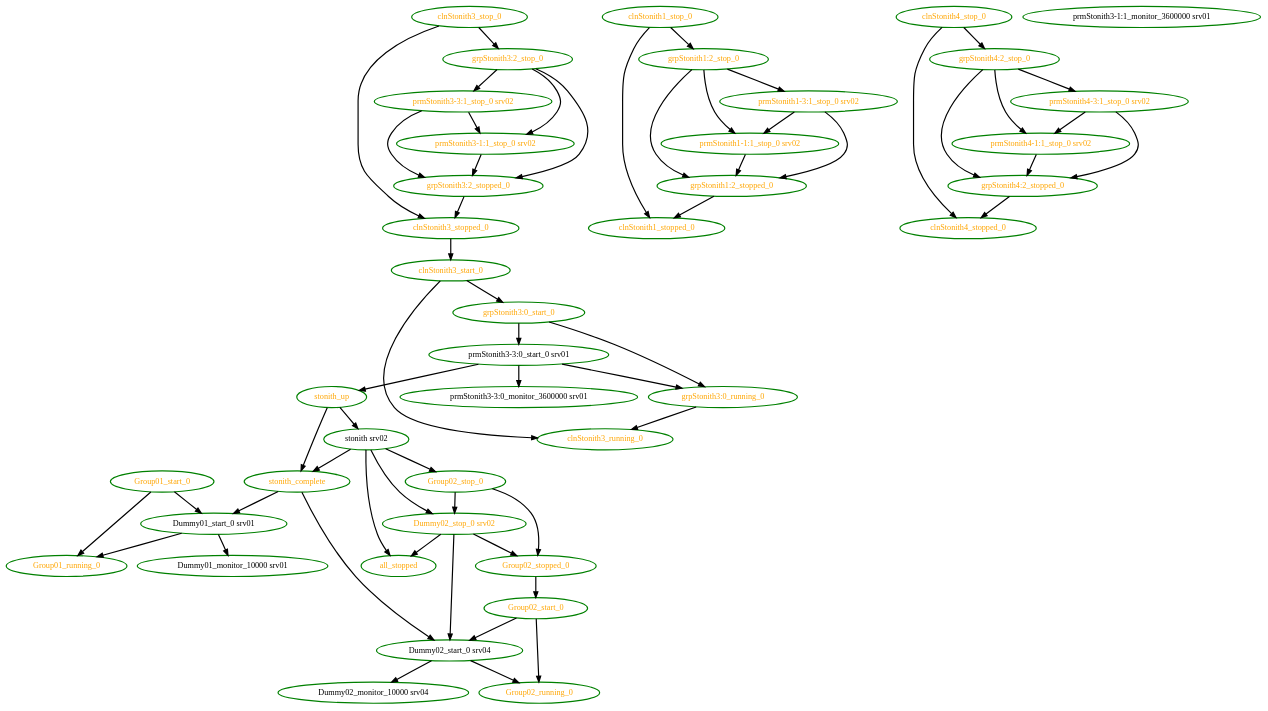
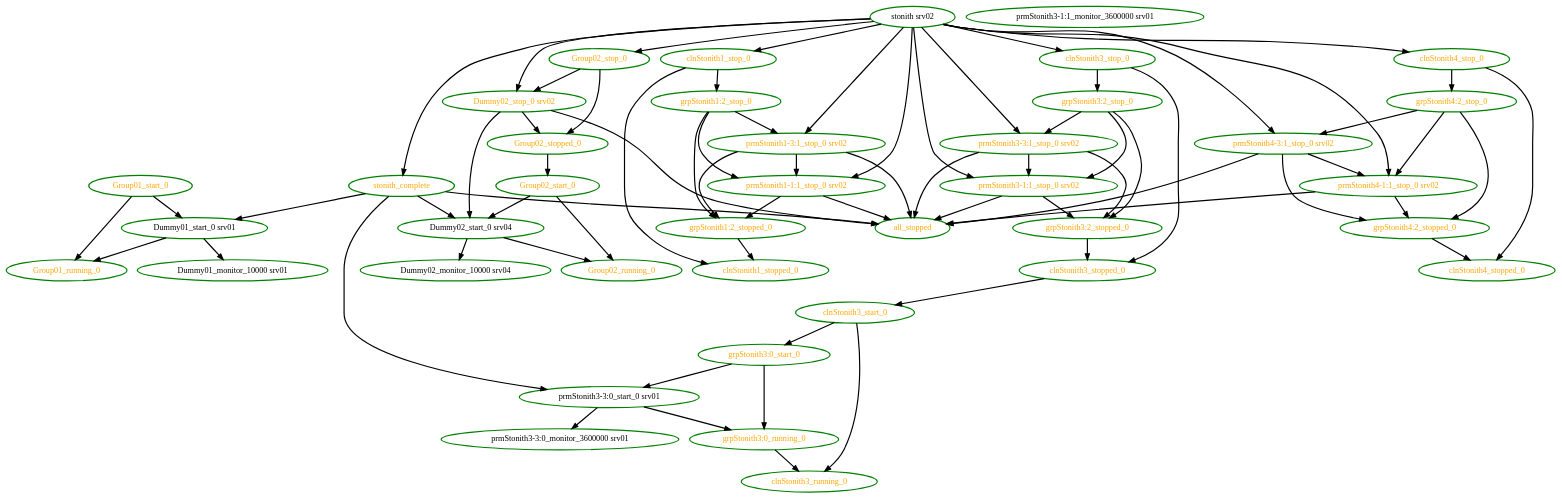
Before and after one commit to ClusterLabs/pacemaker: the diagram in pengine/test10/bug-lf-2508.dot, drawn with Graphviz. The commit also changed 254 other files, not shown here.

```diff
--- a/pengine/test10/bug-lf-2508.dot
+++ b/pengine/test10/bug-lf-2508.dot
@@ -1,100 +1,112 @@
 digraph "g" {
 "Dummy01_monitor_10000 srv01" [ style=bold color="green" fontcolor="black" ]
 "Dummy01_start_0 srv01" -> "Dummy01_monitor_10000 srv01" [ style = bold]
 "Dummy01_start_0 srv01" -> "Group01_running_0" [ style = bold]
 "Dummy01_start_0 srv01" [ style=bold color="green" fontcolor="black" ]
 "Dummy02_monitor_10000 srv04" [ style=bold color="green" fontcolor="black" ]
 "Dummy02_start_0 srv04" -> "Dummy02_monitor_10000 srv04" [ style = bold]
 "Dummy02_start_0 srv04" -> "Group02_running_0" [ style = bold]
 "Dummy02_start_0 srv04" [ style=bold color="green" fontcolor="black" ]
 "Dummy02_stop_0 srv02" -> "Dummy02_start_0 srv04" [ style = bold]
 "Dummy02_stop_0 srv02" -> "Group02_stopped_0" [ style = bold]
 "Dummy02_stop_0 srv02" -> "all_stopped" [ style = bold]
 "Dummy02_stop_0 srv02" [ style=bold color="green" fontcolor="orange" ]
 "Group01_running_0" [ style=bold color="green" fontcolor="orange" ]
 "Group01_start_0" -> "Dummy01_start_0 srv01" [ style = bold]
 "Group01_start_0" -> "Group01_running_0" [ style = bold]
 "Group01_start_0" [ style=bold color="green" fontcolor="orange" ]
 "Group02_running_0" [ style=bold color="green" fontcolor="orange" ]
 "Group02_start_0" -> "Dummy02_start_0 srv04" [ style = bold]
 "Group02_start_0" -> "Group02_running_0" [ style = bold]
 "Group02_start_0" [ style=bold color="green" fontcolor="orange" ]
 "Group02_stop_0" -> "Dummy02_stop_0 srv02" [ style = bold]
 "Group02_stop_0" -> "Group02_stopped_0" [ style = bold]
 "Group02_stop_0" [ style=bold color="green" fontcolor="orange" ]
 "Group02_stopped_0" -> "Group02_start_0" [ style = bold]
 "Group02_stopped_0" [ style=bold color="green" fontcolor="orange" ]
 "all_stopped" [ style=bold color="green" fontcolor="orange" ]
 "clnStonith1_stop_0" -> "clnStonith1_stopped_0" [ style = bold]
 "clnStonith1_stop_0" -> "grpStonith1:2_stop_0" [ style = bold]
 "clnStonith1_stop_0" [ style=bold color="green" fontcolor="orange" ]
 "clnStonith1_stopped_0" [ style=bold color="green" fontcolor="orange" ]
 "clnStonith3_running_0" [ style=bold color="green" fontcolor="orange" ]
 "clnStonith3_start_0" -> "clnStonith3_running_0" [ style = bold]
 "clnStonith3_start_0" -> "grpStonith3:0_start_0" [ style = bold]
 "clnStonith3_start_0" [ style=bold color="green" fontcolor="orange" ]
 "clnStonith3_stop_0" -> "clnStonith3_stopped_0" [ style = bold]
 "clnStonith3_stop_0" -> "grpStonith3:2_stop_0" [ style = bold]
 "clnStonith3_stop_0" [ style=bold color="green" fontcolor="orange" ]
 "clnStonith3_stopped_0" -> "clnStonith3_start_0" [ style = bold]
 "clnStonith3_stopped_0" [ style=bold color="green" fontcolor="orange" ]
 "clnStonith4_stop_0" -> "clnStonith4_stopped_0" [ style = bold]
 "clnStonith4_stop_0" -> "grpStonith4:2_stop_0" [ style = bold]
 "clnStonith4_stop_0" [ style=bold color="green" fontcolor="orange" ]
 "clnStonith4_stopped_0" [ style=bold color="green" fontcolor="orange" ]
 "grpStonith1:2_stop_0" -> "grpStonith1:2_stopped_0" [ style = bold]
 "grpStonith1:2_stop_0" -> "prmStonith1-1:1_stop_0 srv02" [ style = bold]
 "grpStonith1:2_stop_0" -> "prmStonith1-3:1_stop_0 srv02" [ style = bold]
 "grpStonith1:2_stop_0" [ style=bold color="green" fontcolor="orange"]
 "grpStonith1:2_stopped_0" -> "clnStonith1_stopped_0" [ style = bold]
 "grpStonith1:2_stopped_0" [ style=bold color="green" fontcolor="orange"]
 "grpStonith3:0_running_0" -> "clnStonith3_running_0" [ style = bold]
 "grpStonith3:0_running_0" [ style=bold color="green" fontcolor="orange"]
 "grpStonith3:0_start_0" -> "grpStonith3:0_running_0" [ style = bold]
 "grpStonith3:0_start_0" -> "prmStonith3-3:0_start_0 srv01" [ style = bold]
 "grpStonith3:0_start_0" [ style=bold color="green" fontcolor="orange"]
 "grpStonith3:2_stop_0" -> "grpStonith3:2_stopped_0" [ style = bold]
 "grpStonith3:2_stop_0" -> "prmStonith3-1:1_stop_0 srv02" [ style = bold]
 "grpStonith3:2_stop_0" -> "prmStonith3-3:1_stop_0 srv02" [ style = bold]
 "grpStonith3:2_stop_0" [ style=bold color="green" fontcolor="orange"]
 "grpStonith3:2_stopped_0" -> "clnStonith3_stopped_0" [ style = bold]
 "grpStonith3:2_stopped_0" [ style=bold color="green" fontcolor="orange"]
 "grpStonith4:2_stop_0" -> "grpStonith4:2_stopped_0" [ style = bold]
 "grpStonith4:2_stop_0" -> "prmStonith4-1:1_stop_0 srv02" [ style = bold]
 "grpStonith4:2_stop_0" -> "prmStonith4-3:1_stop_0 srv02" [ style = bold]
 "grpStonith4:2_stop_0" [ style=bold color="green" fontcolor="orange"]
 "grpStonith4:2_stopped_0" -> "clnStonith4_stopped_0" [ style = bold]
 "grpStonith4:2_stopped_0" [ style=bold color="green" fontcolor="orange"]
+"prmStonith1-1:1_stop_0 srv02" -> "all_stopped" [ style = bold]
 "prmStonith1-1:1_stop_0 srv02" -> "grpStonith1:2_stopped_0" [ style = bold]
 "prmStonith1-1:1_stop_0 srv02" [ style=bold color="green" fontcolor="orange" ]
+"prmStonith1-3:1_stop_0 srv02" -> "all_stopped" [ style = bold]
 "prmStonith1-3:1_stop_0 srv02" -> "grpStonith1:2_stopped_0" [ style = bold]
 "prmStonith1-3:1_stop_0 srv02" -> "prmStonith1-1:1_stop_0 srv02" [ style = bold]
 "prmStonith1-3:1_stop_0 srv02" [ style=bold color="green" fontcolor="orange" ]
 "prmStonith3-1:1_monitor_3600000 srv01" [ style=bold color="green" fontcolor="black" ]
+"prmStonith3-1:1_stop_0 srv02" -> "all_stopped" [ style = bold]
 "prmStonith3-1:1_stop_0 srv02" -> "grpStonith3:2_stopped_0" [ style = bold]
 "prmStonith3-1:1_stop_0 srv02" [ style=bold color="green" fontcolor="orange"]
 "prmStonith3-3:0_monitor_3600000 srv01" [ style=bold color="green" fontcolor="black"]
 "prmStonith3-3:0_start_0 srv01" -> "grpStonith3:0_running_0" [ style = bold]
 "prmStonith3-3:0_start_0 srv01" -> "prmStonith3-3:0_monitor_3600000 srv01" [ style = bold]
-"prmStonith3-3:0_start_0 srv01" -> "stonith_up" [ style = bold]
 "prmStonith3-3:0_start_0 srv01" [ style=bold color="green" fontcolor="black"]
+"prmStonith3-3:1_stop_0 srv02" -> "all_stopped" [ style = bold]
 "prmStonith3-3:1_stop_0 srv02" -> "grpStonith3:2_stopped_0" [ style = bold]
 "prmStonith3-3:1_stop_0 srv02" -> "prmStonith3-1:1_stop_0 srv02" [ style = bold]
 "prmStonith3-3:1_stop_0 srv02" [ style=bold color="green" fontcolor="orange"]
+"prmStonith4-1:1_stop_0 srv02" -> "all_stopped" [ style = bold]
 "prmStonith4-1:1_stop_0 srv02" -> "grpStonith4:2_stopped_0" [ style = bold]
 "prmStonith4-1:1_stop_0 srv02" [ style=bold color="green" fontcolor="orange"]
+"prmStonith4-3:1_stop_0 srv02" -> "all_stopped" [ style = bold]
 "prmStonith4-3:1_stop_0 srv02" -> "grpStonith4:2_stopped_0" [ style = bold]
 "prmStonith4-3:1_stop_0 srv02" -> "prmStonith4-1:1_stop_0 srv02" [ style = bold]
 "prmStonith4-3:1_stop_0 srv02" [ style=bold color="green" fontcolor="orange"]
 "stonith srv02" -> "Dummy02_stop_0 srv02" [ style = bold]
 "stonith srv02" -> "Group02_stop_0" [ style = bold]
-"stonith srv02" -> "all_stopped" [ style = bold]
+"stonith srv02" -> "clnStonith1_stop_0" [ style = bold]
+"stonith srv02" -> "clnStonith3_stop_0" [ style = bold]
+"stonith srv02" -> "clnStonith4_stop_0" [ style = bold]
+"stonith srv02" -> "prmStonith1-1:1_stop_0 srv02" [ style = bold]
+"stonith srv02" -> "prmStonith1-3:1_stop_0 srv02" [ style = bold]
+"stonith srv02" -> "prmStonith3-1:1_stop_0 srv02" [ style = bold]
+"stonith srv02" -> "prmStonith3-3:1_stop_0 srv02" [ style = bold]
+"stonith srv02" -> "prmStonith4-1:1_stop_0 srv02" [ style = bold]
+"stonith srv02" -> "prmStonith4-3:1_stop_0 srv02" [ style = bold]
 "stonith srv02" -> "stonith_complete" [ style = bold]
 "stonith srv02" [ style=bold color="green" fontcolor="black" ]
 "stonith_complete" -> "Dummy01_start_0 srv01" [ style = bold]
 "stonith_complete" -> "Dummy02_start_0 srv04" [ style = bold]
+"stonith_complete" -> "all_stopped" [ style = bold]
+"stonith_complete" -> "prmStonith3-3:0_start_0 srv01" [ style = bold]
 "stonith_complete" [ style=bold color="green" fontcolor="orange" ]
-"stonith_up" -> "stonith srv02" [ style = bold]
-"stonith_up" -> "stonith_complete" [ style = bold]
-"stonith_up" [ style=bold color="green" fontcolor="orange" ]
 }
```
